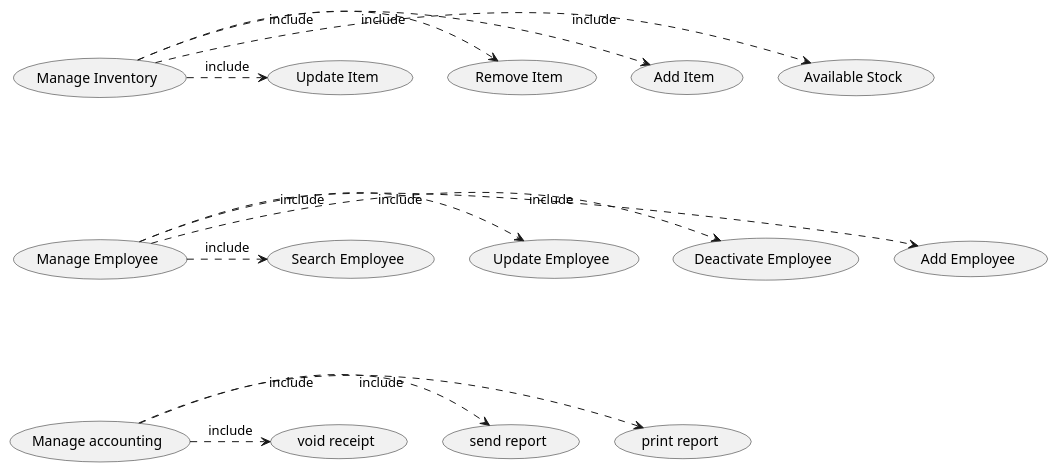
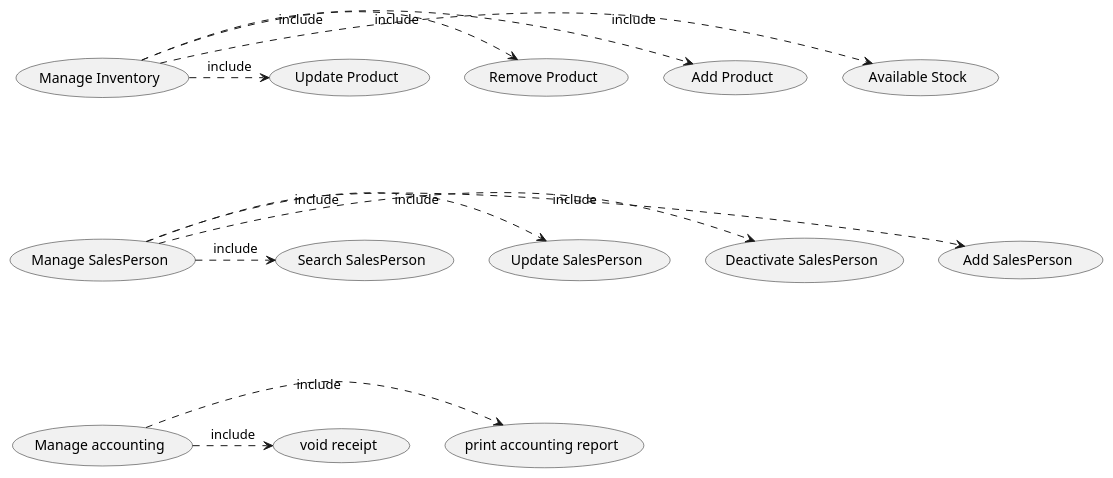
The third of 5 diagrams in Deliverables/RequirementsDocument.md (zitabou/EZShop), drawn with PlantUML before and after one commit. The commit also changed other lines of this file, not shown here.

````diff
--- a/Deliverables/RequirementsDocument.md
+++ b/Deliverables/RequirementsDocument.md
@@ -287,20 +291,19 @@
 ```plantuml
 @startuml
 (Manage Inventory) .> (Available Stock) :include
-(Manage Inventory) .> (Add Item) :include
-(Manage Inventory) .> (Remove Item) :include
-(Manage Inventory) .> (Update Item) :include
+(Manage Inventory) .> (Add Product) :include
+(Manage Inventory) .> (Remove Product) :include
+(Manage Inventory) .> (Update Product) :include
 
-(Manage Employee) -[hidden]up-- (Manage Inventory)
-(Manage Employee) .> (Add Employee) :include
-(Manage Employee) .> (Deactivate Employee) :include
-(Manage Employee) .> (Update Employee) :include
-(Manage Employee) .> (Search Employee) :include
+(Manage SalesPerson) -[hidden]up-- (Manage Inventory)
+(Manage SalesPerson) .> (Add SalesPerson) :include
+(Manage SalesPerson) .> (Deactivate SalesPerson) :include
+(Manage SalesPerson) .> (Update SalesPerson) :include
+(Manage SalesPerson) .> (Search SalesPerson) :include
 
-(Manage accounting) -[hidden]up-- (Manage Employee)
-(Manage accounting) .> (print report) :include
-(Manage accounting) .> (send report) :include
+(Manage accounting) -[hidden]up-- (Manage SalesPerson)
+(Manage accounting) .> (print accounting report) :include
 (Manage accounting) .> (void receipt) :include
 
 @enduml
 ```
````
